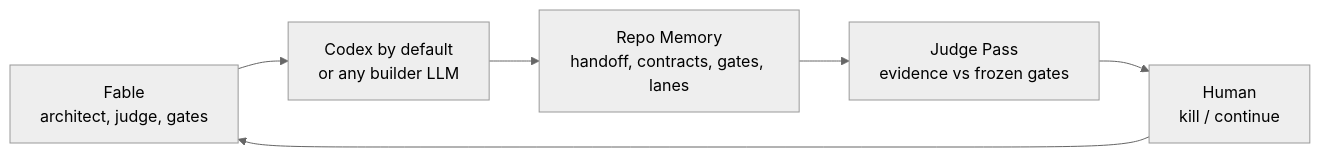
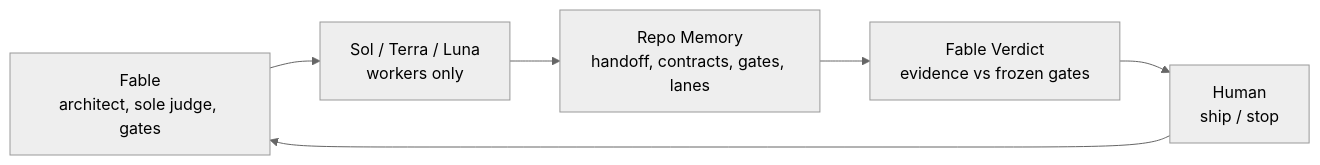
The first of 2 diagrams in README.md (jumperz11/fable-codex-loop), drawn with Mermaid (neutral theme) before and after one commit. The commit also changed other lines of this file, not shown here.

Commit message:
docs: make Fable the sole judge

````diff
--- a/README.md
+++ b/README.md
@@ -49,8 +55,8 @@
 ```mermaid
 flowchart LR
-    A["Fable<br/>architect, judge, gates"] --> B["Codex by default<br/>or any builder LLM"]
+    A["Fable<br/>architect, sole judge, gates"] --> B["Sol / Terra / Luna<br/>workers only"]
     B --> C["Repo Memory<br/>handoff, contracts, gates, lanes"]
-    C --> D["Judge Pass<br/>evidence vs frozen gates"]
-    D --> E["Human<br/>kill / continue"]
+    C --> D["Fable Verdict<br/>evidence vs frozen gates"]
+    D --> E["Human<br/>ship / stop"]
     E --> A
 ```
````
